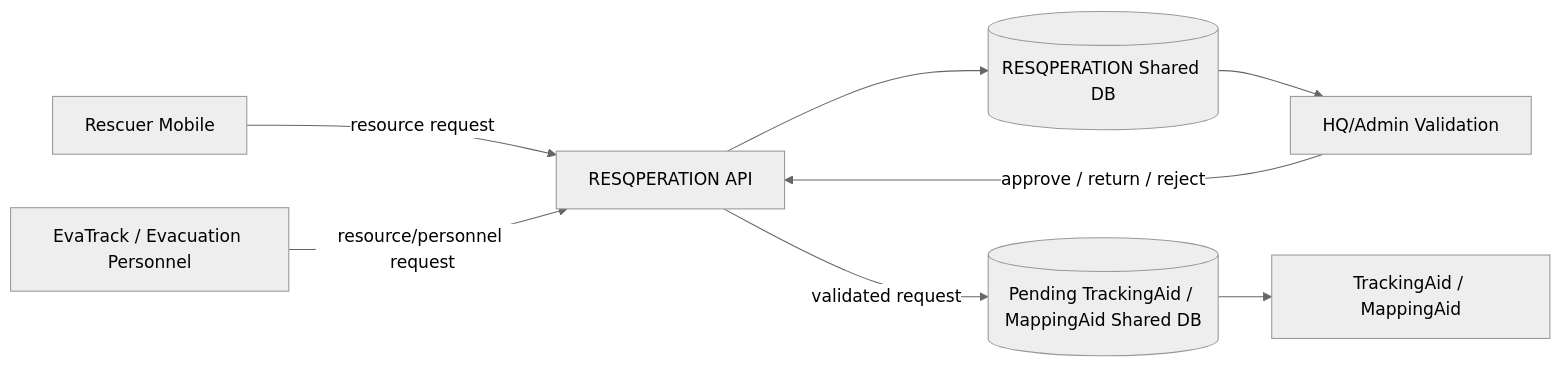
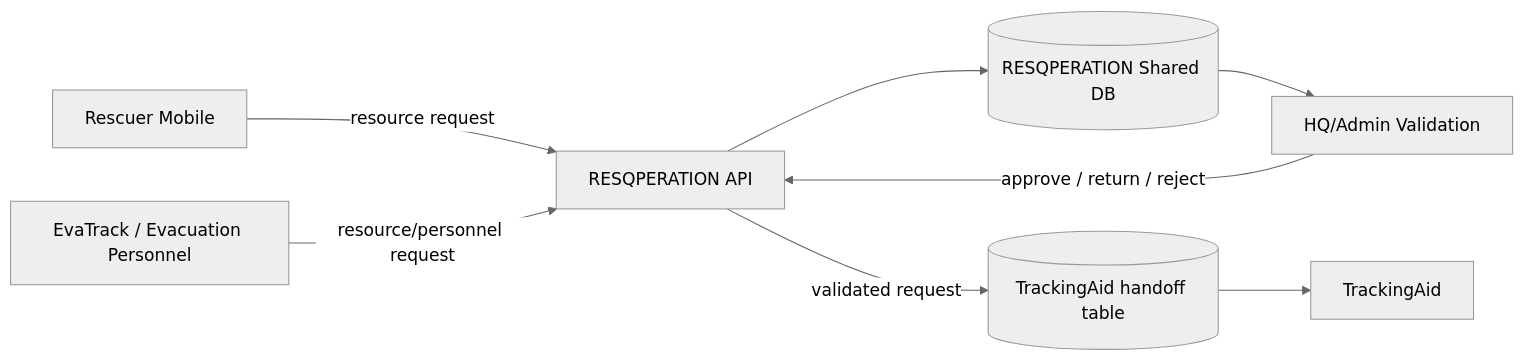
The ninth of 11 diagrams in docs/RESQPERATION_FINAL_DEFENSE_STUDY_GUIDE_AND_DIAGRAMS.md (pyunpyunn/G10-CAPSTONE), drawn with Mermaid (neutral theme) before and after one commit. The commit also changed other lines of this file and 85 other files, not shown here.

````diff
--- a/docs/RESQPERATION_FINAL_DEFENSE_STUDY_GUIDE_AND_DIAGRAMS.md
+++ b/docs/RESQPERATION_FINAL_DEFENSE_STUDY_GUIDE_AND_DIAGRAMS.md
@@ -306,18 +306,18 @@
 ```mermaid
 flowchart LR
   Rescuer[Rescuer Mobile]
   Evac[EvaTrack / Evacuation Personnel]
   API[RESQPERATION API]
   Admin[HQ/Admin Validation]
   DB[(RESQPERATION Shared DB)]
-  Outbox[(Pending TrackingAid / MappingAid Shared DB)]
-  Tracking[TrackingAid / MappingAid]
+  Outbox[(TrackingAid handoff table)]
+  Tracking[TrackingAid]
 
   Rescuer -->|resource request| API
   Evac -->|resource/personnel request| API
   API --> DB
   DB --> Admin
   Admin -->|approve / return / reject| API
   API -->|validated request| Outbox
   Outbox --> Tracking
 ```
````
